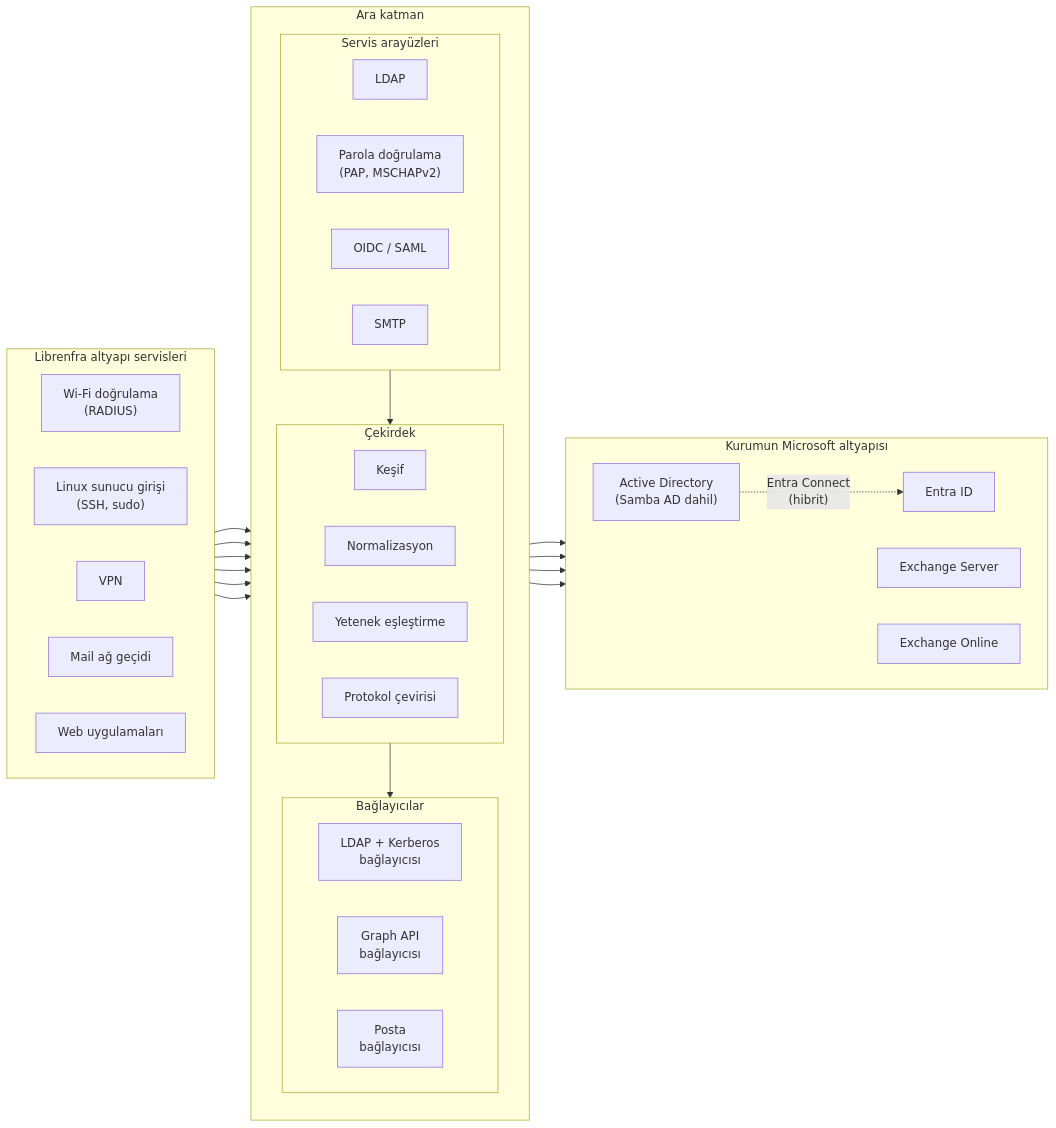
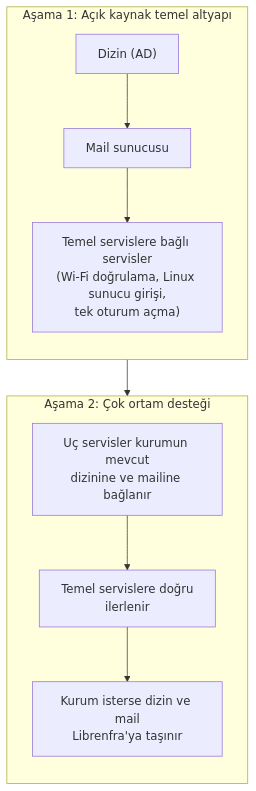
Before and after one commit to Librenfra/librenfra: the first of 2 diagrams in docs/03-entegrasyon.md, drawn with Mermaid. The commit also changed other lines of this file and 2 other files, not shown here.

````diff
--- a/docs/03-entegrasyon.md
+++ b/docs/03-entegrasyon.md
@@ -52,57 +14,16 @@
 ```mermaid
-flowchart LR
-    subgraph S["Librenfra altyapı servisleri"]
-        direction LR
-        S1["Wi-Fi doğrulama<br/>(RADIUS)"]
-        S2["Linux sunucu girişi<br/>(SSH, sudo)"]
-        S3["VPN"]
-        S4["Mail ağ geçidi"]
-        S5["Web uygulamaları"]
+flowchart TB
+    subgraph A1["Aşama 1: Açık kaynak temel altyapı"]
+        direction TB
+        T1["Dizin (AD)"] --> T2["Mail sunucusu"]
+        T2 --> T3["Temel servislere bağlı servisler<br/>(Wi-Fi doğrulama, Linux sunucu girişi,<br/>tek oturum açma)"]
     end
 
-    subgraph A["Ara katman"]
+    subgraph A2["Aşama 2: Çok ortam desteği"]
         direction TB
-        subgraph AY["Servis arayüzleri"]
-            direction LR
-            Y1["LDAP"]
-            Y2["Parola doğrulama<br/>(PAP, MSCHAPv2)"]
-            Y3["OIDC / SAML"]
-            Y4["SMTP"]
-        end
-        subgraph AC["Çekirdek"]
-            direction LR
-            C1["Keşif"]
-            C2["Normalizasyon"]
-            C3["Yetenek eşleştirme"]
-            C4["Protokol çevirisi"]
-        end
-        subgraph AB["Bağlayıcılar"]
-            direction LR
-            B1["LDAP + Kerberos<br/>bağlayıcısı"]
-            B2["Graph API<br/>bağlayıcısı"]
-            B3["Posta<br/>bağlayıcısı"]
-        end
-        AY --> AC --> AB
+        U1["Uç servisler kurumun mevcut<br/>dizinine ve mailine bağlanır"] --> U2["Temel servislere doğru<br/>ilerlenir"]
+        U2 --> U3["Kurum isterse dizin ve mail<br/>Librenfra'ya taşınır"]
     end
 
-    subgraph K["Kurumun Microsoft altyapısı"]
-        direction LR
-        D1["Active Directory<br/>(Samba AD dahil)"]
-        D2["Entra ID"]
-        M1["Exchange Server"]
-        M2["Exchange Online"]
-    end
-
-    S1 --> Y2
-    S2 --> Y1
-    S3 --> Y2
-    S4 --> Y1
-    S4 --> Y4
-    S5 --> Y3
-
-    B1 --> D1
-    B2 --> D2
-    B3 --> M1
-    B3 --> M2
-    D1 -. "Entra Connect<br/>(hibrit)" .-> D2
+    A1 --> A2
 ```
````
